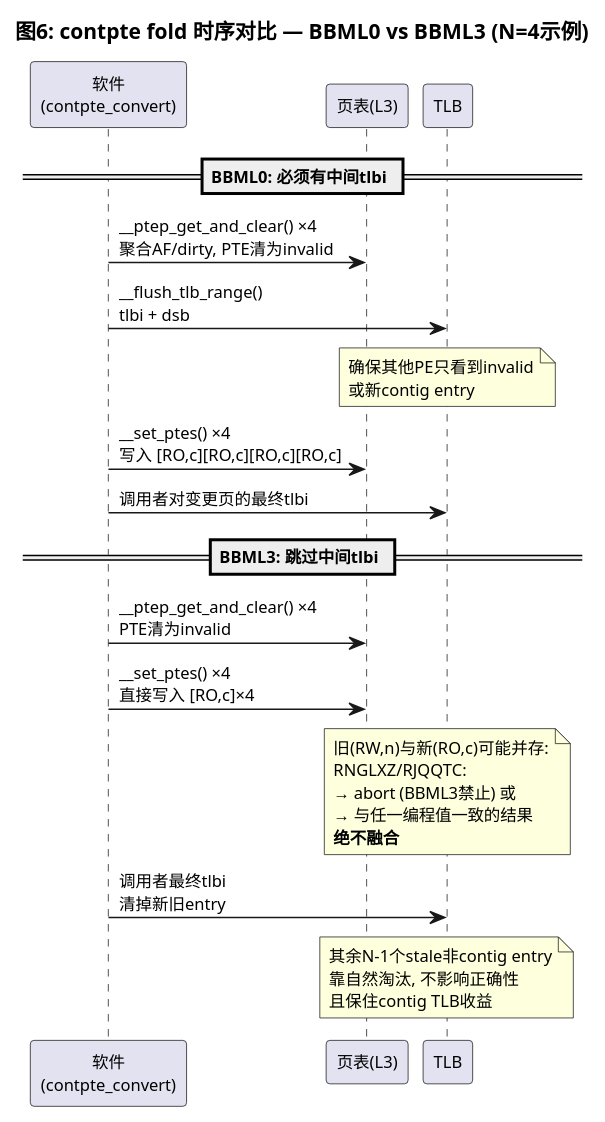
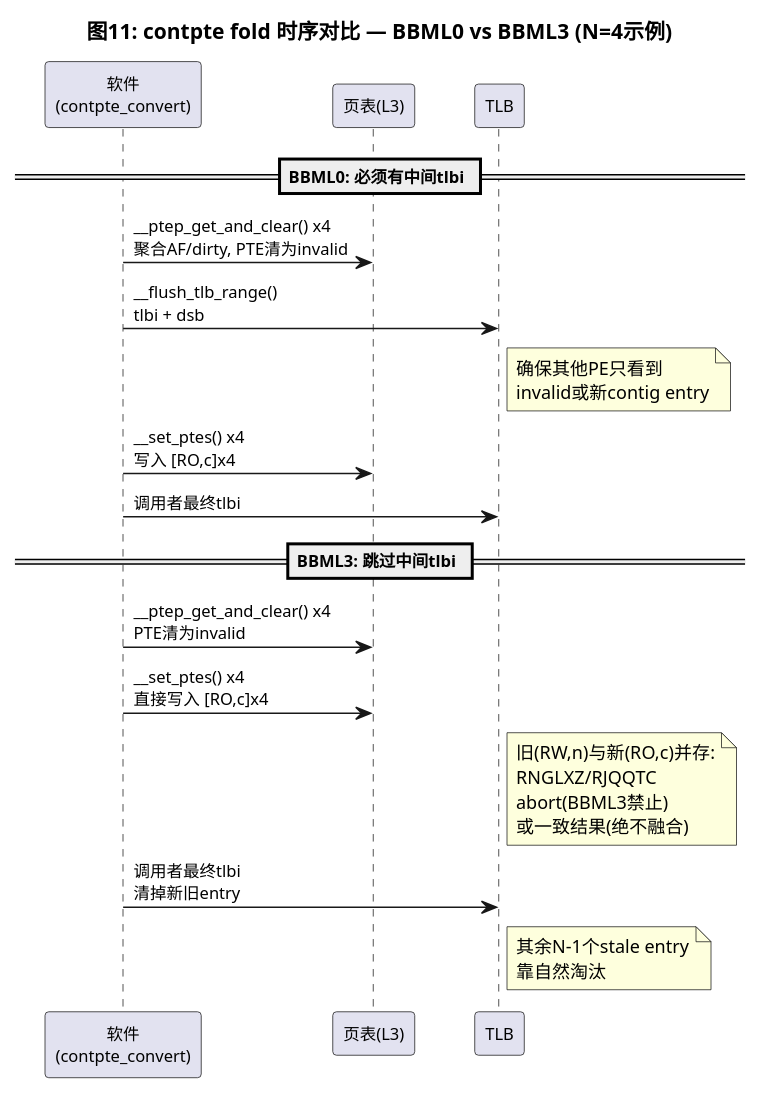
One commit to AkiraZheng/AkiraZheng.github.io changed diagram 12 of 13 in source/_posts/ARM64-BBML源码分析-BBML0-BBML3.md. Above: the diagram before and after it, drawn with PlantUML. The commit also changed other lines of this file and 4 other files, not shown here.

````diff
--- a/source/_posts/ARM64-BBML源码分析-BBML0-BBML3.md
+++ b/source/_posts/ARM64-BBML源码分析-BBML0-BBML3.md
@@ -932,27 +1570,29 @@
 ```plantuml
 @startuml
 skinparam backgroundColor white
 skinparam defaultFontSize 11
-title 图6: contpte fold 时序对比 — BBML0 vs BBML3 (N=4示例)
+skinparam noteFontSize 12
+skinparam ParticipantPadding 15
+title 图11: contpte fold 时序对比 — BBML0 vs BBML3 (N=4示例)
 
 participant "软件\n(contpte_convert)" as SW
 participant "页表(L3)" as PT
 participant "TLB" as TLB
 
 == BBML0: 必须有中间tlbi ==
 
-SW -> PT : __ptep_get_and_clear() ×4\n聚合AF/dirty, PTE清为invalid
+SW -> PT : __ptep_get_and_clear() x4\n聚合AF/dirty, PTE清为invalid
 SW -> TLB : __flush_tlb_range()\ntlbi + dsb
-note over TLB : 确保其他PE只看到invalid\n或新contig entry
-SW -> PT : __set_ptes() ×4\n写入 [RO,c][RO,c][RO,c][RO,c]
-SW -> TLB : 调用者对变更页的最终tlbi
+note right of TLB : 确保其他PE只看到\ninvalid或新contig entry
+SW -> PT : __set_ptes() x4\n写入 [RO,c]x4
+SW -> TLB : 调用者最终tlbi
 
 == BBML3: 跳过中间tlbi ==
 
-SW -> PT : __ptep_get_and_clear() ×4\nPTE清为invalid
-SW -> PT : __set_ptes() ×4\n直接写入 [RO,c]×4
-note over TLB : 旧(RW,n)与新(RO,c)可能并存:\nRNGLXZ/RJQQTC:\n→ abort (BBML3禁止) 或\n→ 与任一编程值一致的结果\n**绝不融合**
+SW -> PT : __ptep_get_and_clear() x4\nPTE清为invalid
+SW -> PT : __set_ptes() x4\n直接写入 [RO,c]x4
+note right of TLB : 旧(RW,n)与新(RO,c)并存:\nRNGLXZ/RJQQTC\nabort(BBML3禁止)\n或一致结果(绝不融合)
 SW -> TLB : 调用者最终tlbi\n清掉新旧entry
-note over TLB : 其余N-1个stale非contig entry\n靠自然淘汰, 不影响正确性\n且保住contig TLB收益
+note right of TLB : 其余N-1个stale entry\n靠自然淘汰
 @enduml
 ```
````
